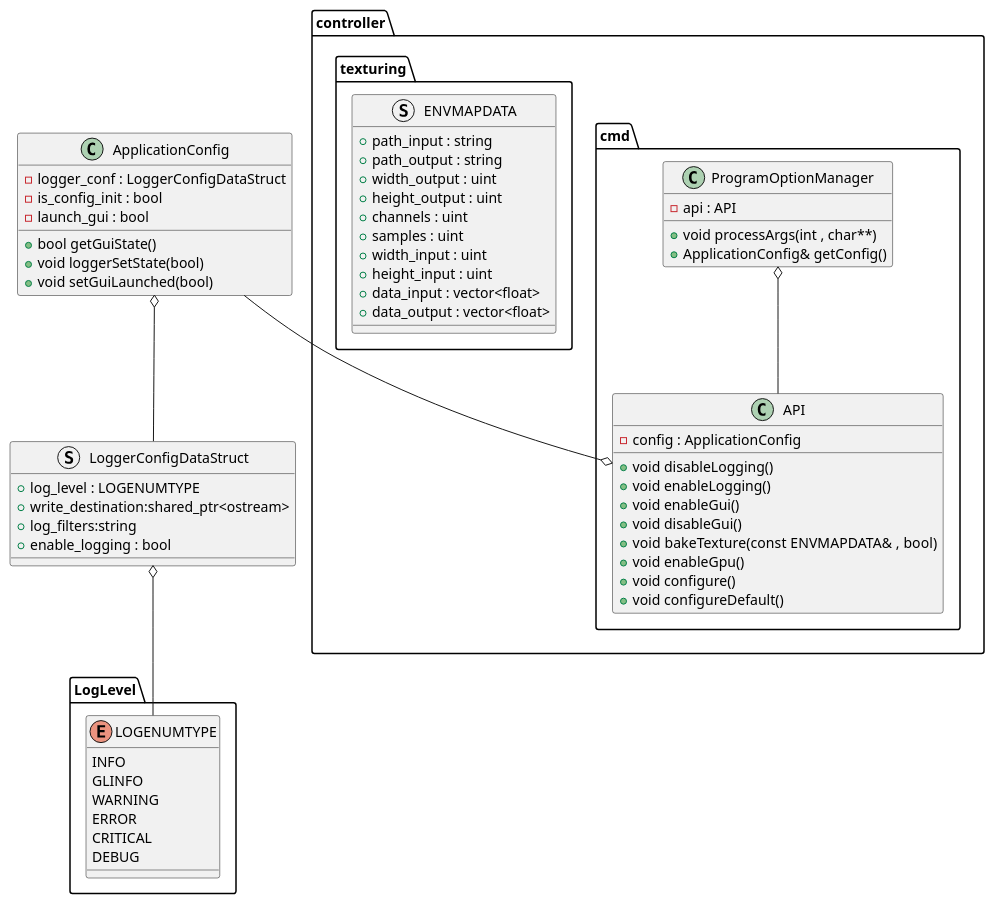
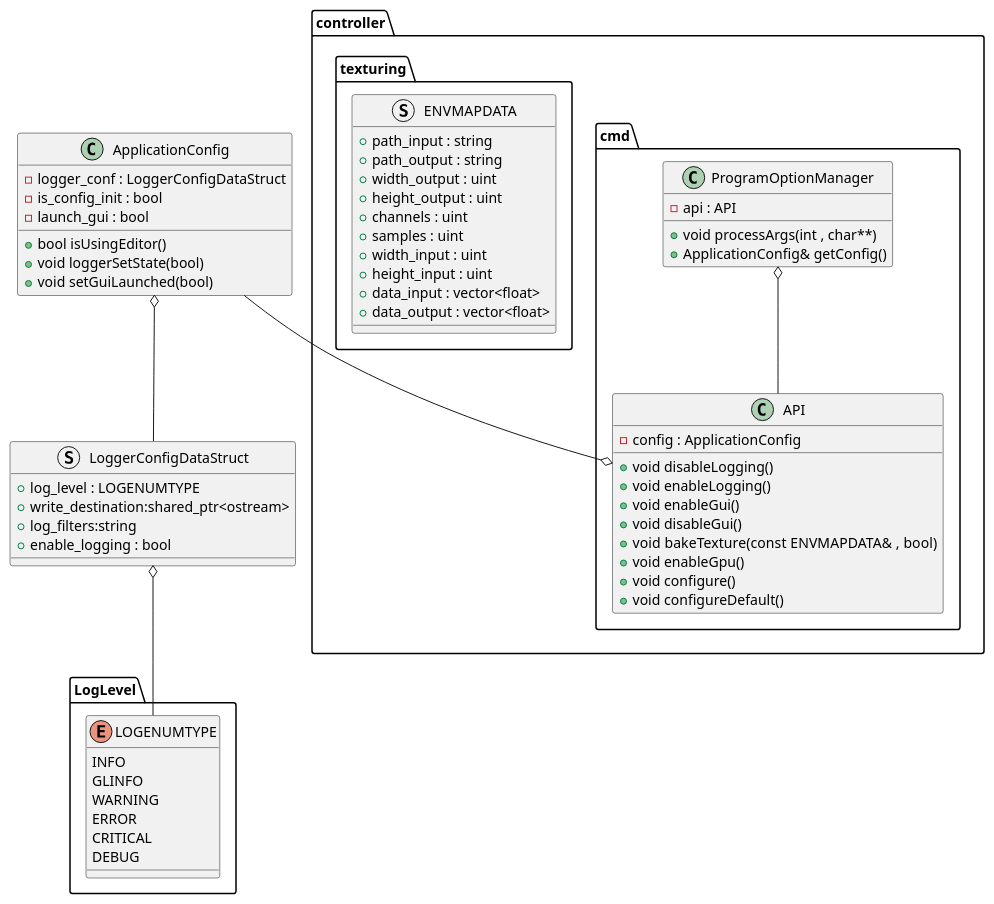
Before and after one commit to HamilcarR/Axomae: the diagram in sources/controller/doc/cmd.puml, drawn with PlantUML. The commit also changed 22 other files, not shown here.

```diff
--- a/sources/controller/doc/cmd.puml
+++ b/sources/controller/doc/cmd.puml
@@ -1,76 +1,76 @@
 @startuml
 'https://plantuml.com/class-diagram
 
 namespace controller{
 namespace cmd{
     class API{
         - config : ApplicationConfig
         + void disableLogging()
         + void enableLogging()
         + void enableGui()
         + void disableGui()
         + void bakeTexture(const ENVMAPDATA& , bool)
         + void enableGpu()
         + void configure()
         + void configureDefault()
     }
 
 
     class ProgramOptionManager{
         - api : API
         + void processArgs(int , char**)
         + ApplicationConfig& getConfig()
     }
 }
 
     namespace texturing{
         struct ENVMAPDATA{
             + path_input : string
             + path_output : string
             + width_output : uint
             + height_output : uint
             + channels : uint
             + samples : uint
             + width_input : uint
             + height_input : uint
             + data_input : vector<float>
             + data_output : vector<float>
         }
     }
 }
 
 namespace LogLevel{
     enum LOGENUMTYPE{
         INFO
         GLINFO
         WARNING
         ERROR
         CRITICAL
         DEBUG
     }
 }
 
 
 class ApplicationConfig{
     - logger_conf : LoggerConfigDataStruct
-    + bool getGuiState()
+    + bool isUsingEditor()
     + void loggerSetState(bool)
     + void setGuiLaunched(bool)
     - is_config_init : bool
     - launch_gui : bool
 }
 
 
 struct LoggerConfigDataStruct{
     + log_level : LOGENUMTYPE
     + write_destination:shared_ptr<ostream>
     + log_filters:string
     + enable_logging : bool
 }
 
 ProgramOptionManager o-- API
 ApplicationConfig --o API
 LoggerConfigDataStruct o-- LOGENUMTYPE
 ApplicationConfig o-- LoggerConfigDataStruct
 
 @enduml
```
